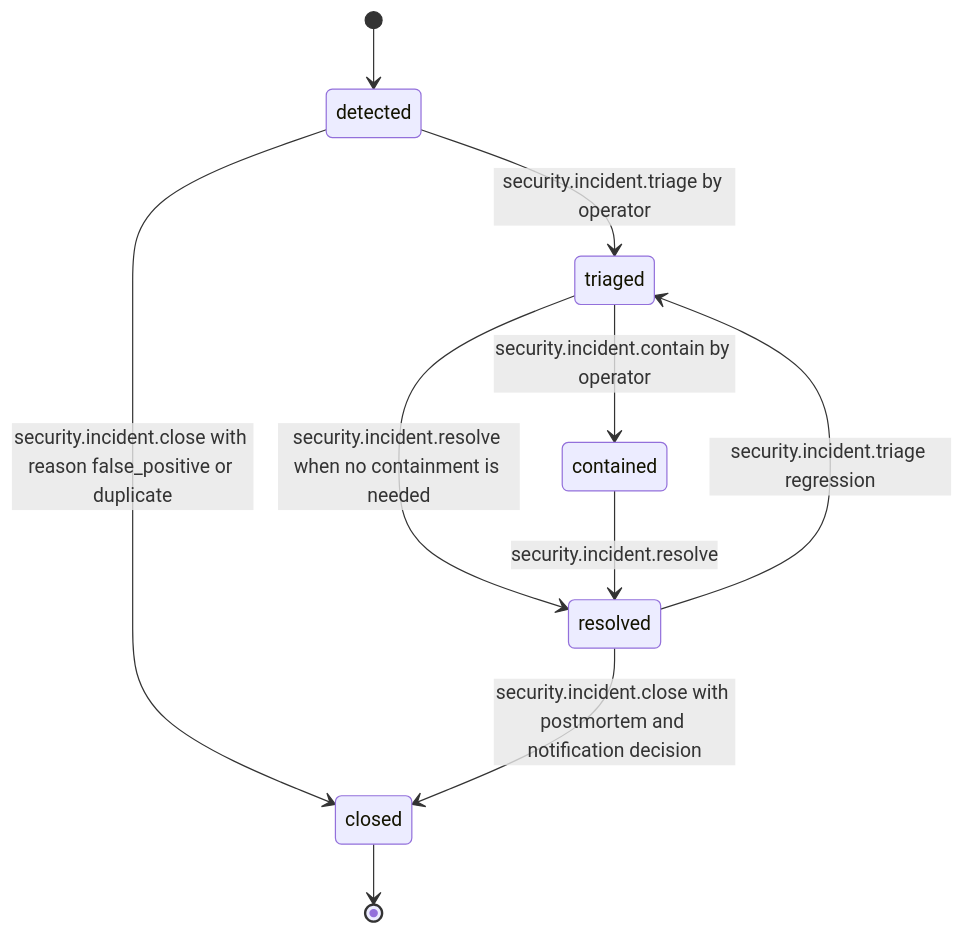
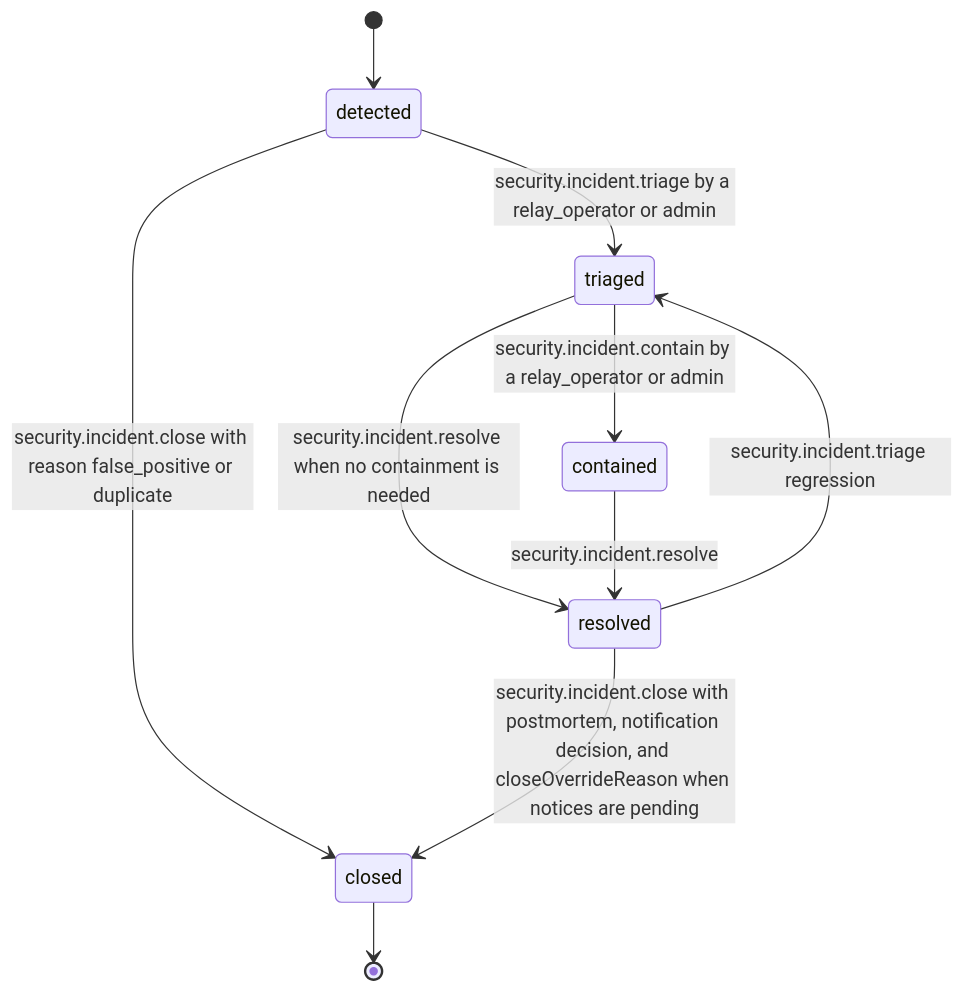
Before and after one commit to djshellshoxxx/CLASSifiedisRUPTed: the diagram in 16_Security/03_assurance/mod_incident/workflow_state_machine.md, drawn with Mermaid. The commit also changed other lines of this file and 99 other files, not shown here.

````diff
--- a/16_Security/03_assurance/mod_incident/workflow_state_machine.md
+++ b/16_Security/03_assurance/mod_incident/workflow_state_machine.md
@@ -29,12 +30,12 @@
 ```mermaid
 stateDiagram-v2
   [*] --> detected
-  detected --> triaged: security.incident.triage by operator
+  detected --> triaged: security.incident.triage by a relay_operator or admin
   detected --> closed: security.incident.close with reason false_positive or duplicate
-  triaged --> contained: security.incident.contain by operator
+  triaged --> contained: security.incident.contain by a relay_operator or admin
   triaged --> resolved: security.incident.resolve when no containment is needed
   contained --> resolved: security.incident.resolve
   resolved --> triaged: security.incident.triage regression
-  resolved --> closed: security.incident.close with postmortem and notification decision
+  resolved --> closed: security.incident.close with postmortem, notification decision, and closeOverrideReason when notices are pending
   closed --> [*]
 ```
````
